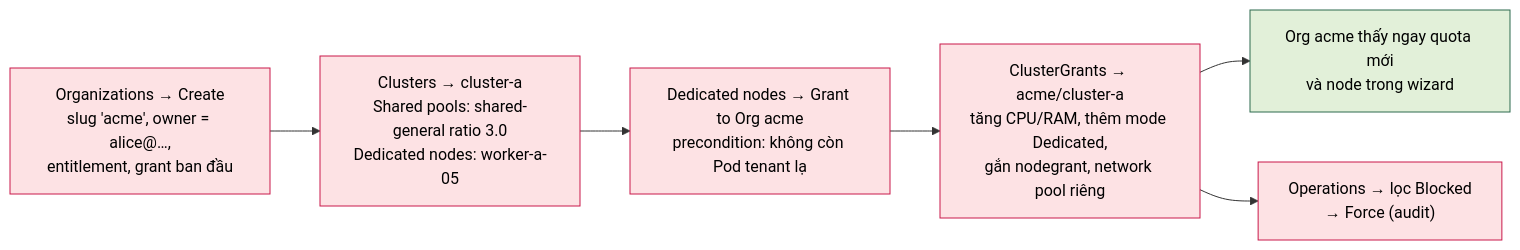
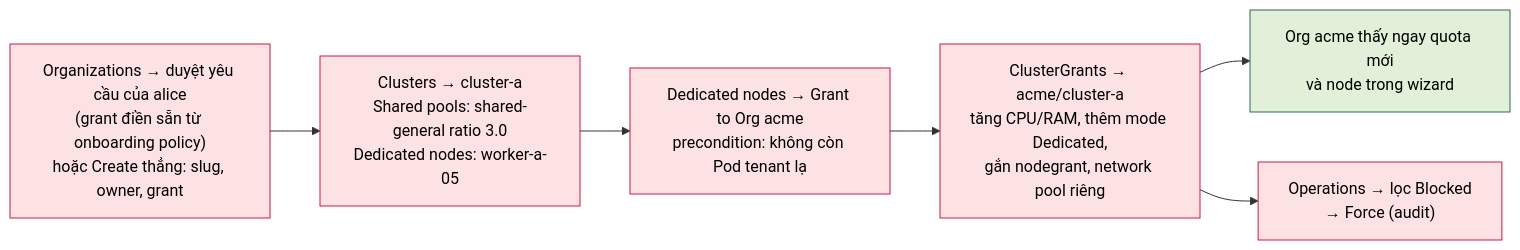
One commit to thaihoc1310/tenantry changed the sixth of 6 diagrams in docs/architecture/07-ux-wireflow.md. Above: the diagram before and after it, drawn with Mermaid. The commit also changed other lines of this file and 12 other files, not shown here.

````diff
--- a/docs/architecture/07-ux-wireflow.md
+++ b/docs/architecture/07-ux-wireflow.md
@@ -212,15 +217,15 @@
 ```mermaid
 flowchart LR
   classDef a fill:#fde2e4,stroke:#c9184a,color:#000
   classDef e fill:#e2f0d9,stroke:#2d6a4f,color:#000
 
-  A1["Organizations → Create<br/>slug 'acme', owner = alice@…,<br/>entitlement, grant ban đầu"]:::a
+  A1["Organizations → duyệt yêu cầu của alice<br/>(grant điền sẵn từ onboarding policy)<br/>hoặc Create thẳng: slug, owner, grant"]:::a
   A2["Clusters → cluster-a<br/>Shared pools: shared-general ratio 3.0<br/>Dedicated nodes: worker-a-05"]:::a
   A3["Dedicated nodes → Grant to Org acme<br/>precondition: không còn Pod tenant lạ"]:::a
   A4["ClusterGrants → acme/cluster-a<br/>tăng CPU/RAM, thêm mode Dedicated,<br/>gắn nodegrant, network pool riêng"]:::a
   A5["Org acme thấy ngay quota mới<br/>và node trong wizard"]:::e
   A6["Operations → lọc Blocked<br/>→ Force (audit)"]:::a
 
   A1 --> A2 --> A3 --> A4 --> A5
   A4 --> A6
 ```
````
